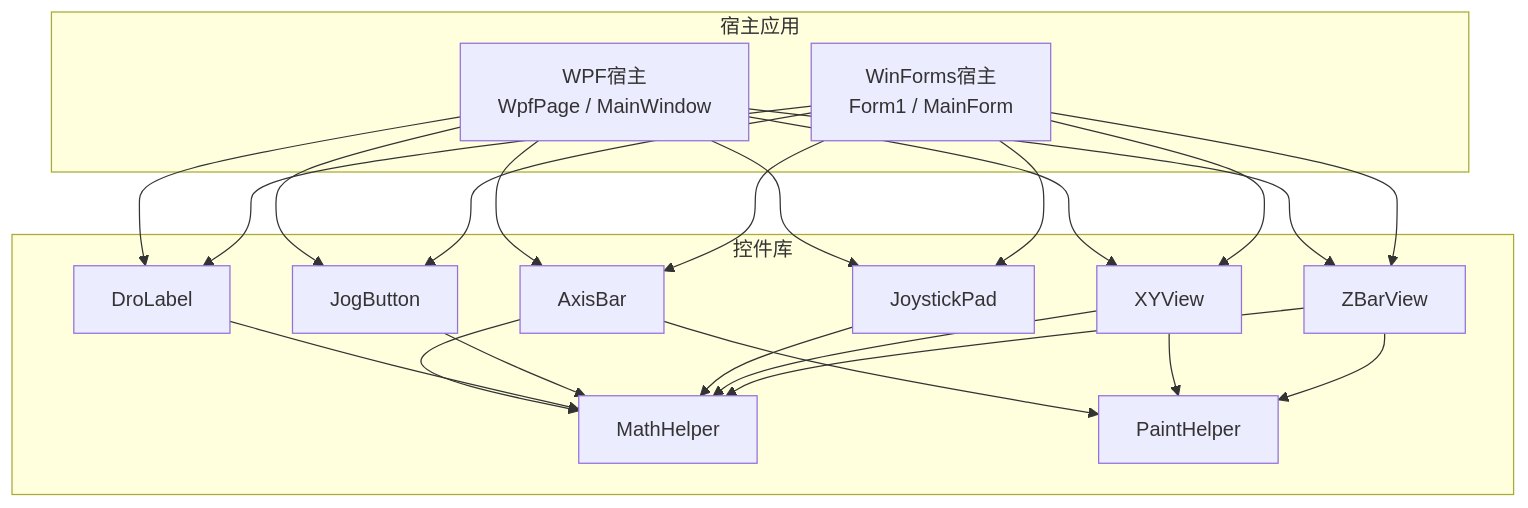
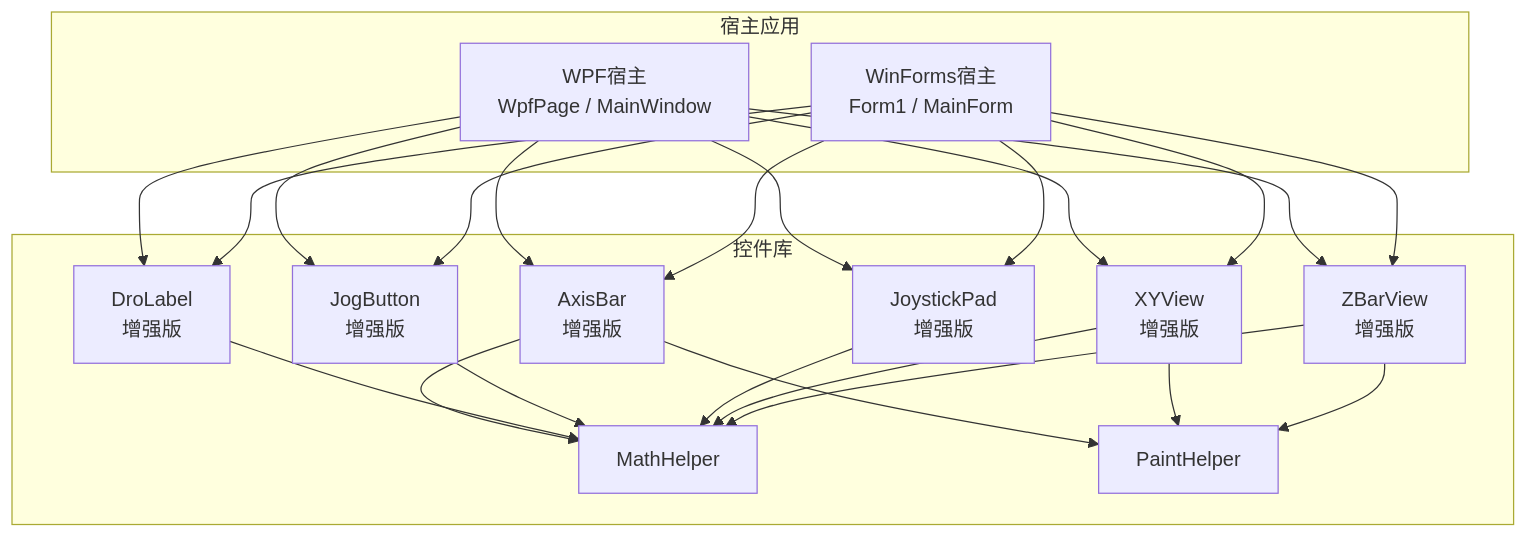
One commit to fuweiq94-cloud/3399180760 changed the first of 9 diagrams in .qoder/repowiki/zh/content/API参考文档/控件库API.md. Above: the diagram before and after it, drawn with Mermaid. The commit also changed other lines of this file and 22 other files, not shown here.

````diff
--- a/.qoder/repowiki/zh/content/API参考文档/控件库API.md
+++ b/.qoder/repowiki/zh/content/API参考文档/控件库API.md
@@ -45,38 +56,38 @@
 ```mermaid
 graph TB
 subgraph "控件库"
-A["AxisBar"]
-B["DroLabel"]
-C["JogButton"]
-D["JoystickPad"]
-E["XYView"]
-F["ZBarView"]
+A["AxisBar<br/>增强版"]
+B["DroLabel<br/>增强版"]
+C["JogButton<br/>增强版"]
+D["JoystickPad<br/>增强版"]
+E["XYView<br/>增强版"]
+F["ZBarView<br/>增强版"]
 G["MathHelper"]
 H["PaintHelper"]
 end
 subgraph "宿主应用"
 WPF["WPF宿主<br/>WpfPage / MainWindow"]
 WF["WinForms宿主<br/>Form1 / MainForm"]
 end
 A --> G
 A --> H
 B --> G
 C --> G
 D --> G
 E --> G
 E --> H
 F --> G
 F --> H
 WPF --> A
 WPF --> B
 WPF --> C
 WPF --> D
 WPF --> E
 WPF --> F
 WF --> A
 WF --> B
 WF --> C
 WF --> D
 WF --> E
 WF --> F
 ```
````
